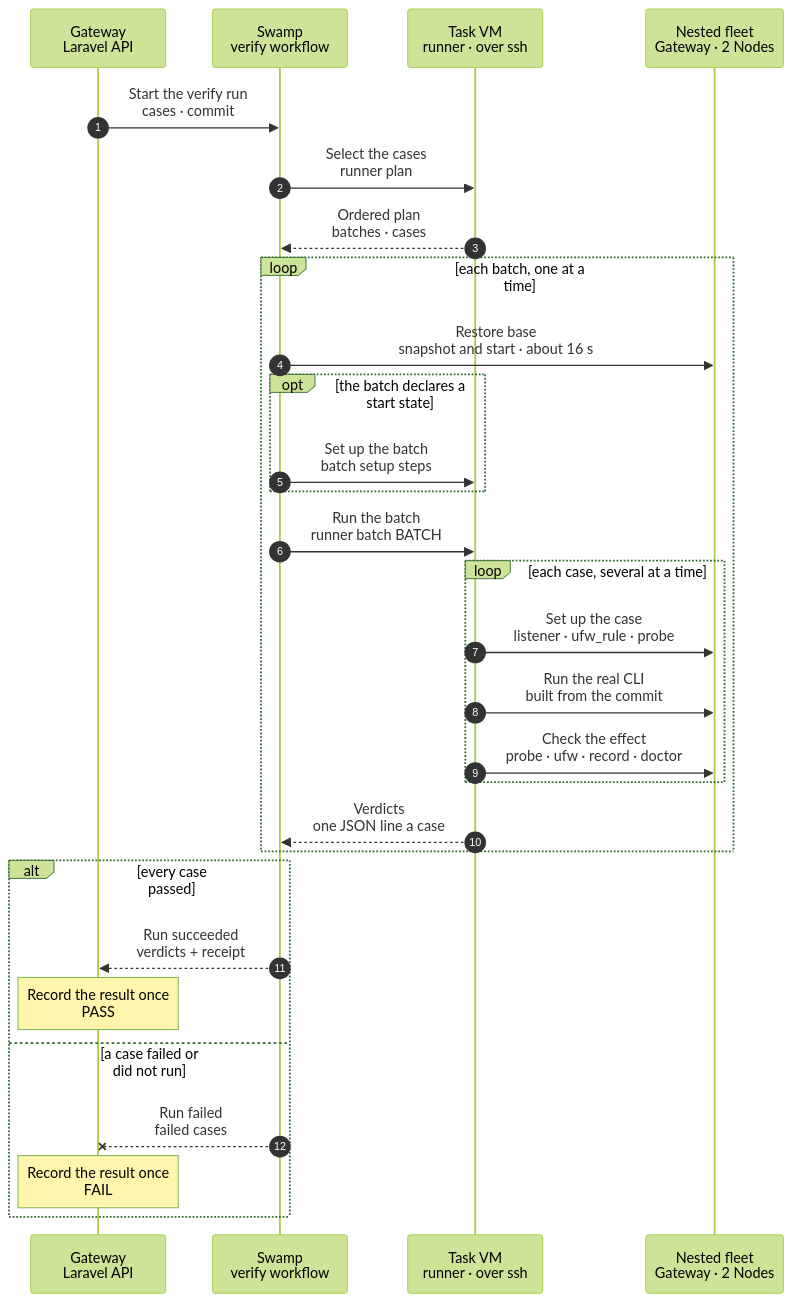
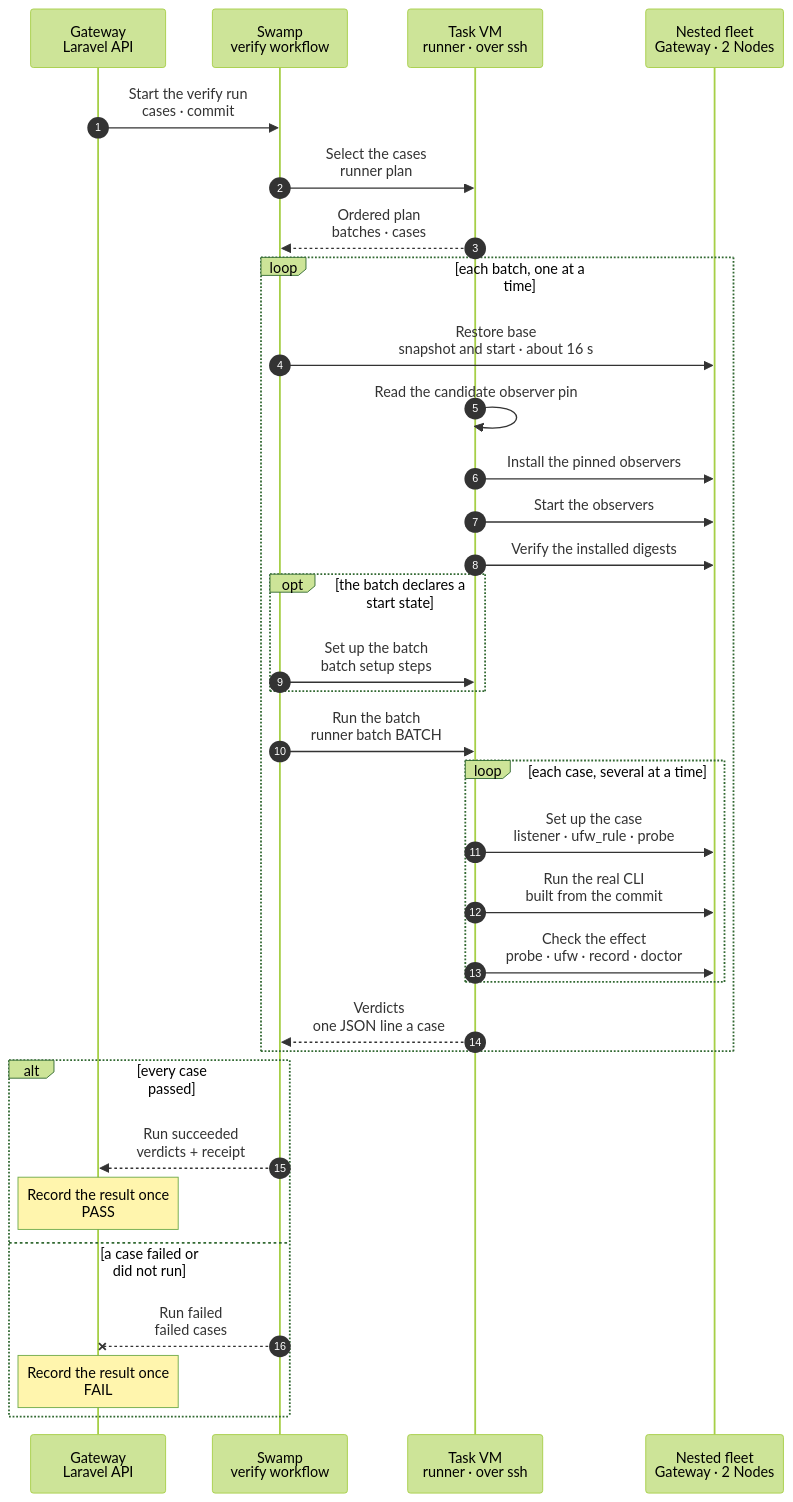
One commit to hardimpactdev/orbit changed the diagram in docs/reference/pipeline/3-proof-runner.mmd. Above: the diagram before and after it, drawn with Mermaid (forest theme). The commit also changed 22 other files, not shown here.

First line of the commit message:
fix(proof): prepare every observer from the candidate release pin

```diff
--- a/docs/reference/pipeline/3-proof-runner.mmd
+++ b/docs/reference/pipeline/3-proof-runner.mmd
@@ -1,73 +1,81 @@
 sequenceDiagram
   %% Target design: the proof runner inside stage 3 of the command development pipeline (design: reference/verification-cases). One shared runner executes the cases of one command; each batch restores the task's base snapshot once, cases use their own resources and undo nothing, the cases of a batch run in one step, several at a time on different Nodes; a case is a specification built from a fixed set of steps. Orbit's own Swamp runs the runner over SSH in the task VM, as part of the "Run the proof" child of proof:run. The Gateway only admits the request and records the verdicts.
   %% status: draft
   %% command: development pipeline stage 3 · proof runner
   %% kind: pipeline.3-proof-runner
   autonumber
   %% lane GW icon=gateway pill=intent tone=blue
   %% lane SW icon=workflow pill=executes tone=green
   %% lane VM icon=server pill=target tone=purple
   %% lane NT icon=server pill=fleet tone=amber
   participant GW as Gateway<br/>Laravel API
   participant SW as Swamp<br/>verify workflow
   participant VM as Task VM<br/>runner · over ssh
   participant NT as Nested fleet<br/>Gateway · 2 Nodes
   GW->>SW: Start the verify run<br/>cases · commit
   %%> Inputs:
   %%> - the commit and the one command whose cases run; in CI, `proof:run` proves each affected command separately
   %%> Why:
   %%> - the Gateway only authorizes; Swamp owns the run and its state
   SW->>VM: Select the cases<br/>runner plan
   %%> What it does:
   %%> - reads the command's cases file at the tested commit
   %%> - refuses a case with an unknown step, an unknown chart path or no batch
   %%> - lists the chart paths, options and codes that no case covers
   %%> - groups the cases by batch, in the order of `swamp/proof/batches.yaml`; inside a batch, in file order
   %%> - `runner plan --lines` prints one line a batch, `BATCH SETUP CASE...`, which the workflow reads; the workflow `proof-fleet-verify` is built
   VM-->>SW: Ordered plan<br/>batches · cases
   loop each batch, one at a time
     SW->>NT: Restore base<br/>snapshot and start · about 16 s
     %%> What it does:
     %%> - restores the task's plain snapshot `base` of the three nested containers (a reboot); skipped when the fleet is still at `base`, as for the first batch
     %%> - a restore that fails or is not healthy within 45 s stops the run; the cases that did not run become `unrun` with cause `infrastructure`
     %%> - built, not yet passed live: the step is the workflow `proof-fleet-restore` (restore, start, boot wait, readiness, apply the checkout), which `proof-fleet-verify-batch` calls; 0 of 2 runs succeeded by 2026-11-06; the old `runner restore` was removed
+    VM->>VM: Read the candidate observer pin
+    %%> Reads linux-x86_64 from the candidate's frozen-manifest.json, never the seed's installed version.
+    VM->>NT: Install the pinned observers
+    %%> Ansible uses the normal Node convergence's SHA-256-verified atomic replacement task on all three nested Nodes. Matching binaries stay in place.
+    VM->>NT: Start the observers
+    %%> Restarts a changed binary; starts an inactive observer. Existing Node identity and configuration stay in place.
+    VM->>NT: Verify the installed digests
+    %%> A download, checksum, service or digest failure stops discovery and cases as infrastructure. Repeat after every restore; never save a new base snapshot.
     opt the batch declares a start state
       SW->>VM: Set up the batch<br/>batch setup steps
       %%> What it does:
       %%> - runs the setup steps of the batch, such as extra addresses on the Nodes
     end
     SW->>VM: Run the batch<br/>runner batch BATCH
     %%> What it does:
     %%> - one Swamp step runs every case of the batch; the runner reads the fleet once
     %%> - the cases that share the fleet run several at a time (the `parallel` key of the cases file, 4 by default), never two on one Node: each case acts on one Node of the cases file's `spread`, and the Gateway lets one firewall write run on a Node at a time
     %%> - the cases that change or compare what every case shares (the Operation list, a fault, a held lock) run alone, after the others
     %%> - no restore after a failed case: cases use their own resources, undo nothing, and the next batch restores anyway
     %%> Result:
     %%> - one verdict line a case, those that did not pass first; the full receipt of each stays in the evidence directory
     loop each case, several at a time
       VM->>NT: Set up the case<br/>listener · ufw_rule · probe
       %%> What it does:
       %%> - builds the starting state, then probes it, for example a blocked port and a working control port
       %%> - a bound firewall anchor matches the current case's tuple and comment for the same protocol, so a repeated comment from an earlier case or another protocol cannot select its rule
       %%> When:
       %%> - a failed setup step ends the case as `unrun`; it is not a pass
       VM->>NT: Run the real CLI<br/>built from the commit
       %%> What it does:
       %%> - the `act` steps call the command through its real interface and check exit status, result code and skip reason
       VM->>NT: Check the effect<br/>probe · ufw · record · doctor
       %%> What it does:
       %%> - the `expect` steps check traffic, rule order, the Gateway record and Doctor
       %%> - every step runs, so one verdict lists all failures
     end
     VM-->>SW: Verdicts<br/>one JSON line a case
     %%> Returns:
     %%> - the case id, `passed`, `failed` (cause `assertion` or `infrastructure`) or `unrun` (cause `precondition`), the failed checks and the seconds
     %%> - Swamp cuts a step's output at 4096 bytes: the runner prints the lines that did not pass first, and counts the lines it had to leave out; a case without a line is reported as having printed no verdict
   end
   alt every case passed
     SW-->>GW: Run succeeded<br/>verdicts + receipt
     Note over GW: Record the result once<br/>PASS
   else a case failed or did not run
     SW--xGW: Run failed<br/>failed cases
     Note over GW: Record the result once<br/>FAIL
   end
```
